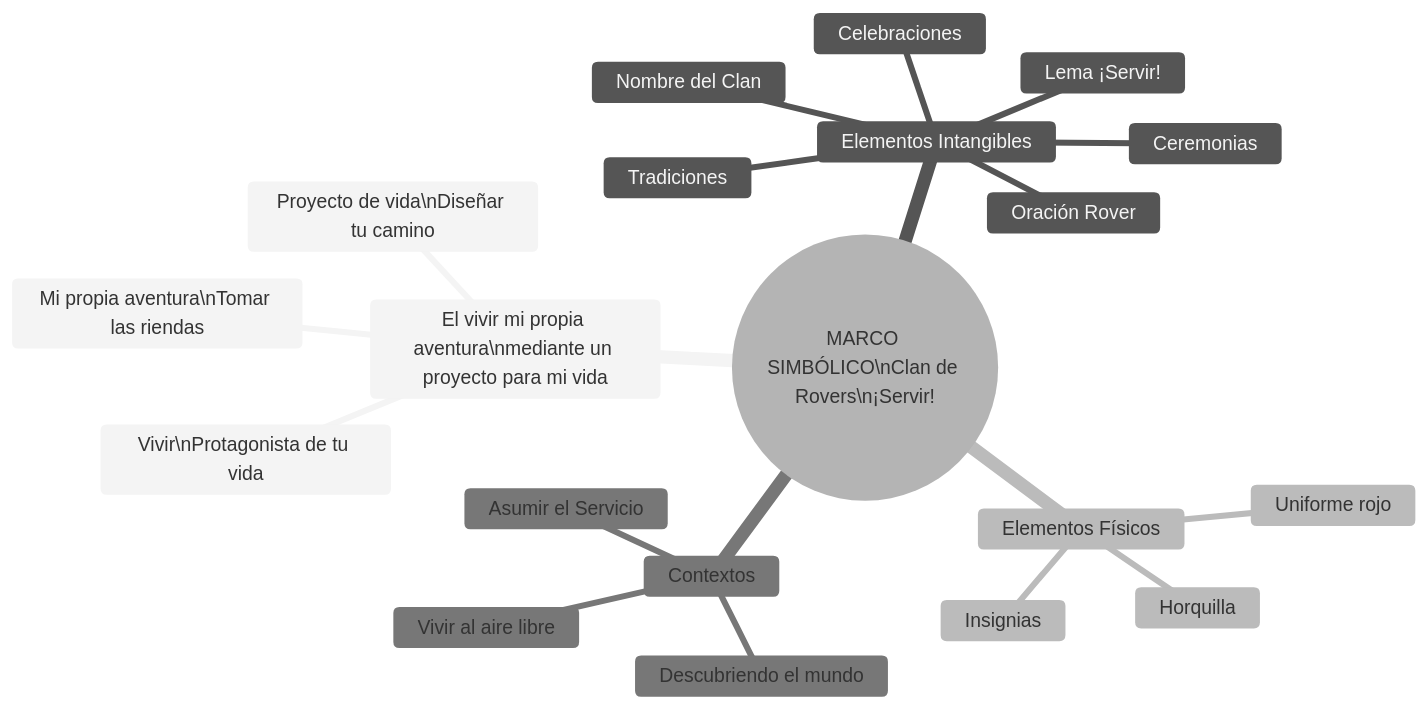
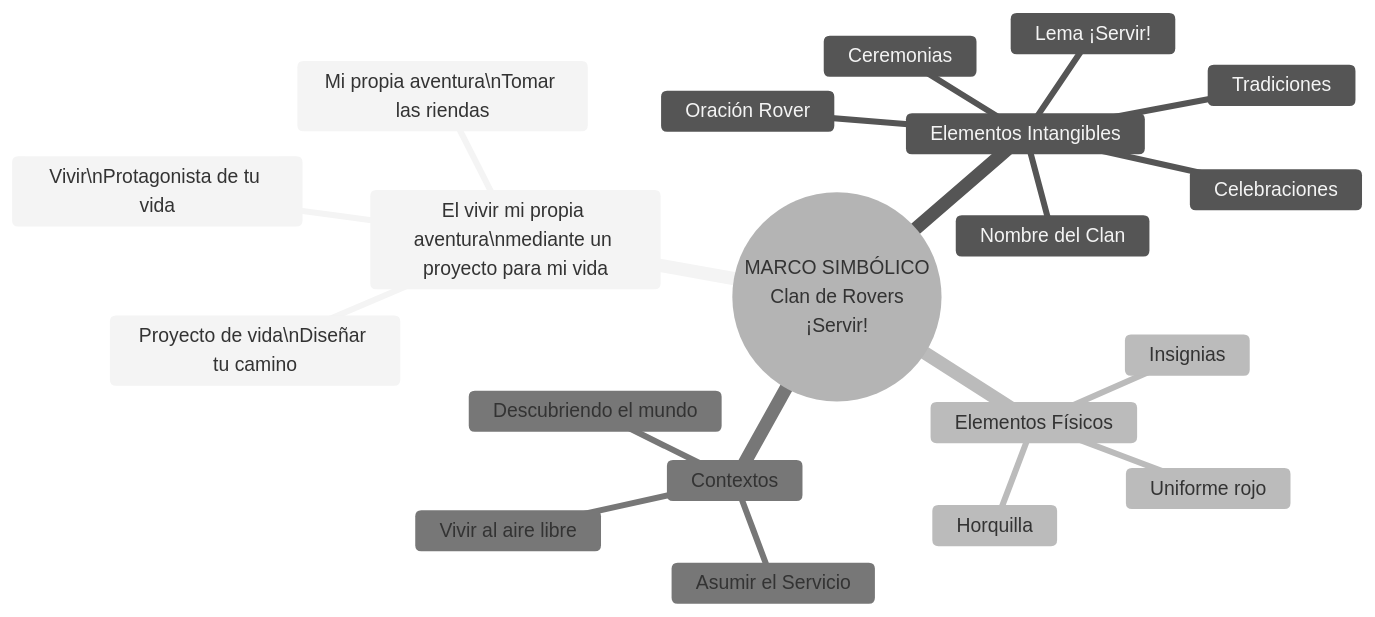
Before and after one commit to conecta-clanes/my-website: the first of 8 diagrams in docs/base-conocimiento/tips-consejeros/marco-simbolico-clan-rovers.md, drawn with Mermaid (neutral theme).

Commit message:
AZC-007 replace \n <BR>

````diff
--- a/docs/base-conocimiento/tips-consejeros/marco-simbolico-clan-rovers.md
+++ b/docs/base-conocimiento/tips-consejeros/marco-simbolico-clan-rovers.md
@@ -21,23 +21,23 @@
 ```mermaid
 mindmap
-  root(("MARCO SIMBÓLICO\nClan de Rovers\n¡Servir!"))
+  root(("MARCO SIMBÓLICO<BR>Clan de Rovers<BR>¡Servir!"))
     El vivir mi propia aventura\nmediante un proyecto para mi vida
       Vivir\nProtagonista de tu vida
       Mi propia aventura\nTomar las riendas
       Proyecto de vida\nDiseñar tu camino
     Elementos Intangibles
       Lema ¡Servir!
       Oración Rover
       Nombre del Clan
       Ceremonias
       Celebraciones
       Tradiciones
     Elementos Físicos
       Uniforme rojo
       Insignias
       Horquilla
     Contextos
       Descubriendo el mundo
       Vivir al aire libre
       Asumir el Servicio
 ```
````
